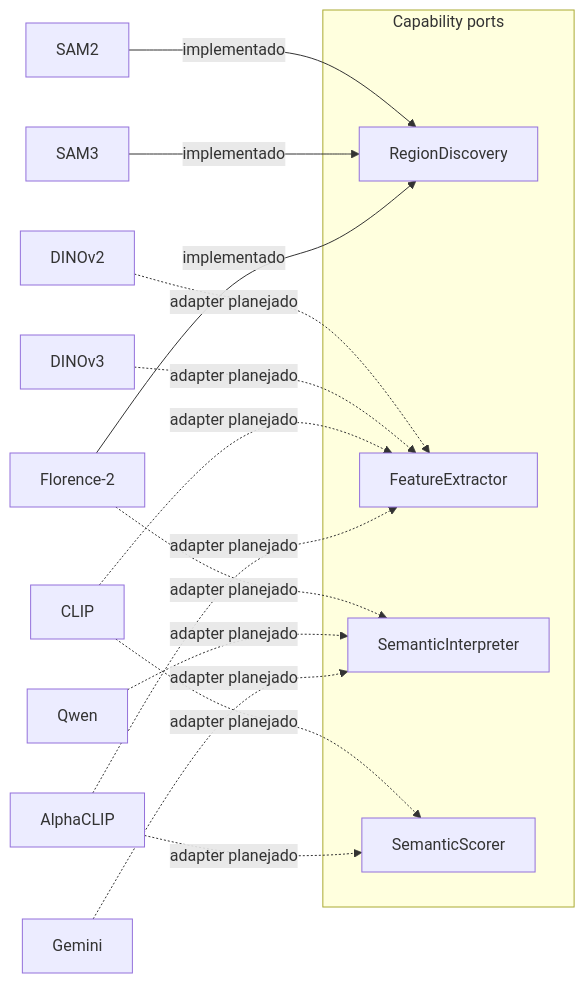
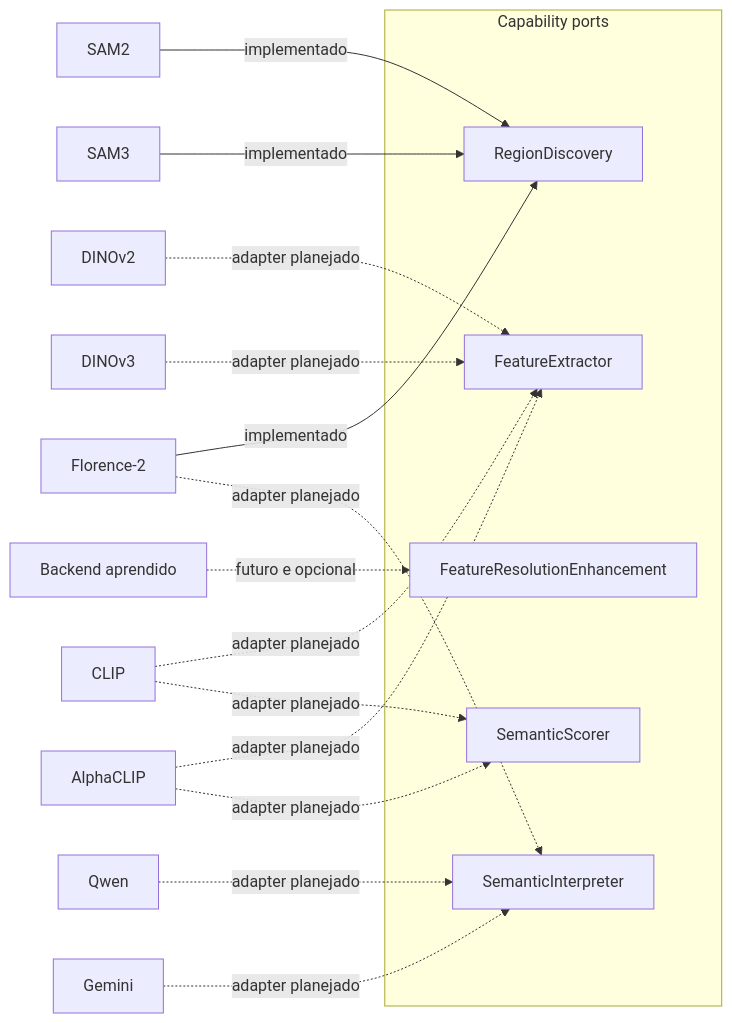
Before and after one commit to Alexandre-Tortoza/contextmap2: the diagram in src/contextmap/visual_perception/docs/ports.md, drawn with Mermaid. The commit also changed other lines of this file and 29 other files, not shown here.

````diff
--- a/src/contextmap/visual_perception/docs/ports.md
+++ b/src/contextmap/visual_perception/docs/ports.md
@@ -7,22 +7,24 @@
 ```mermaid
 flowchart LR
     subgraph PORTS[Capability ports]
         RD["RegionDiscovery"]
         FE["FeatureExtractor"]
+        FRE["FeatureResolutionEnhancement"]
         SI["SemanticInterpreter"]
         SS["SemanticScorer"]
     end
 
     SAM2["SAM2"] -->|implementado| RD
     SAM3["SAM3"] -->|implementado| RD
     F2["Florence-2"] -->|implementado| RD
     F2 -. adapter planejado .-> SI
     D2["DINOv2"] -. adapter planejado .-> FE
     D3["DINOv3"] -. adapter planejado .-> FE
     CLIP["CLIP"] -. adapter planejado .-> FE
     CLIP -. adapter planejado .-> SS
     ACLIP["AlphaCLIP"] -. adapter planejado .-> FE
     ACLIP -. adapter planejado .-> SS
     QWEN["Qwen"] -. adapter planejado .-> SI
     GEMINI["Gemini"] -. adapter planejado .-> SI
+    ENH["Backend aprendido"] -. futuro e opcional .-> FRE
 ```
````
